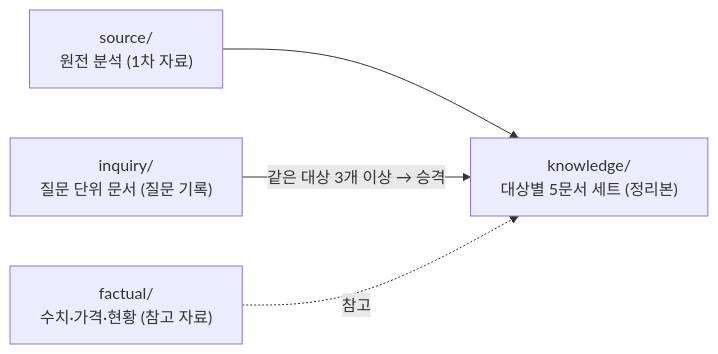
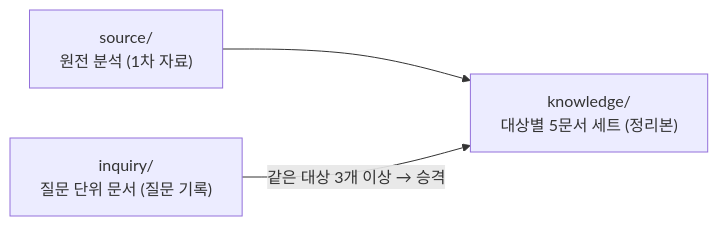
Before and after one commit to gunhaa/QnA: the diagram in README.md, drawn with Mermaid. The commit also changed other lines of this file and 2 other files, not shown here.

````diff
--- a/README.md
+++ b/README.md
@@ -7,6 +7,5 @@
 ```mermaid
 flowchart LR
     s["source/<br/>원전 분석 (1차 자료)"] --> k
     q["inquiry/<br/>질문 단위 문서 (질문 기록)"] -- "같은 대상 3개 이상 → 승격" --> k["knowledge/<br/>대상별 5문서 세트 (정리본)"]
-    f["factual/<br/>수치·가격·현황 (참고 자료)"] -. 참고 .-> k
 ```
````
